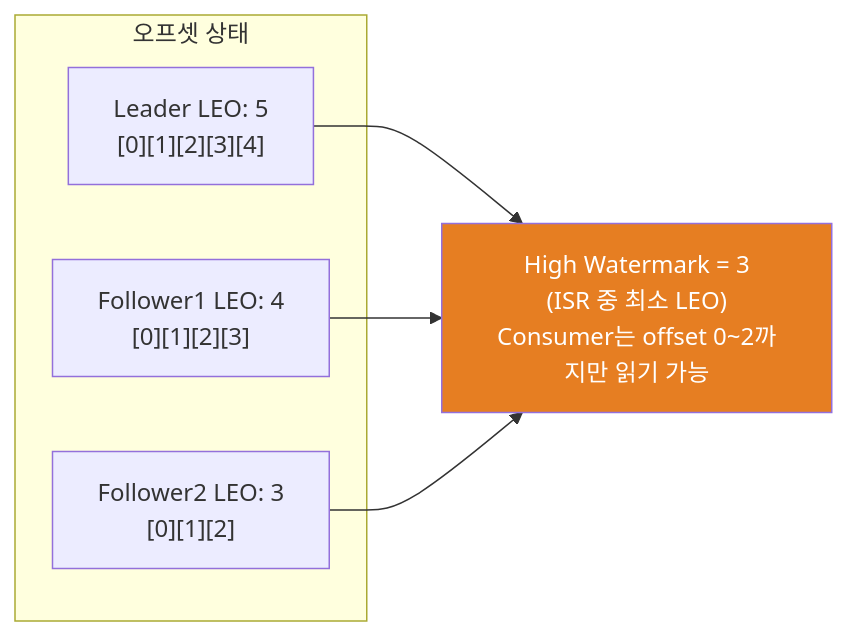
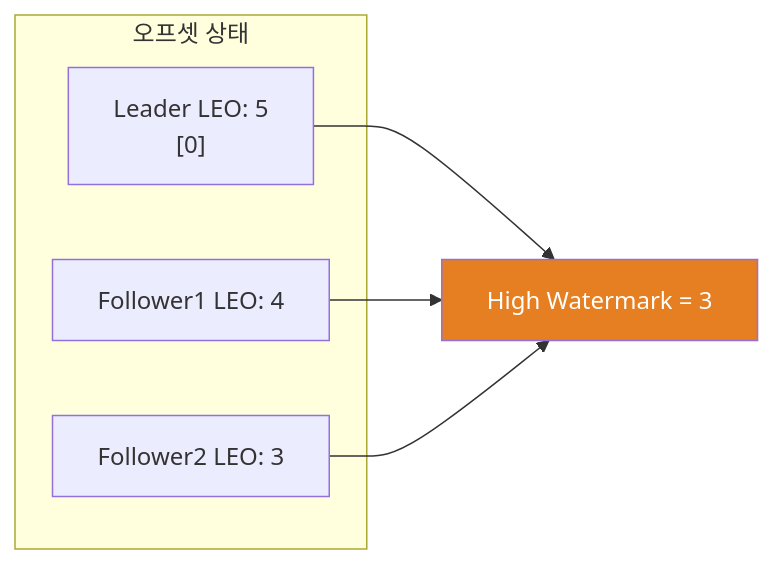
One commit to yjkim2015/yjkim2015.github.io changed the third of 8 diagrams in _posts/kafka/2026-05-01-kafka-replication.md. Above: the diagram before and after it, drawn with Mermaid. The commit also changed other lines of this file and 271 other files, not shown here.

First line of the commit message:
Mermaid 라벨 축소: 긴 노드 텍스트 18자 이하로 트림 + \n 제거

````diff
--- a/_posts/kafka/2026-05-01-kafka-replication.md
+++ b/_posts/kafka/2026-05-01-kafka-replication.md
@@ -83,13 +83,13 @@
 ```mermaid
 graph LR
     subgraph "오프셋 상태"
-        L["Leader LEO: 5\n[0][1][2][3][4]"]
-        F1["Follower1 LEO: 4\n[0][1][2][3]"]
-        F2["Follower2 LEO: 3\n[0][1][2]"]
+        L["Leader LEO: 5\n[0]"]
+        F1["Follower1 LEO: 4\n"]
+        F2["Follower2 LEO: 3\n"]
     end
-    HW["High Watermark = 3\n(ISR 중 최소 LEO)\nConsumer는 offset 0~2까지만 읽기 가능"]
+    HW["High Watermark = 3"]
     L --> HW
     F1 --> HW
     F2 --> HW
     style HW fill:#e67e22,color:#fff
 ```
````
